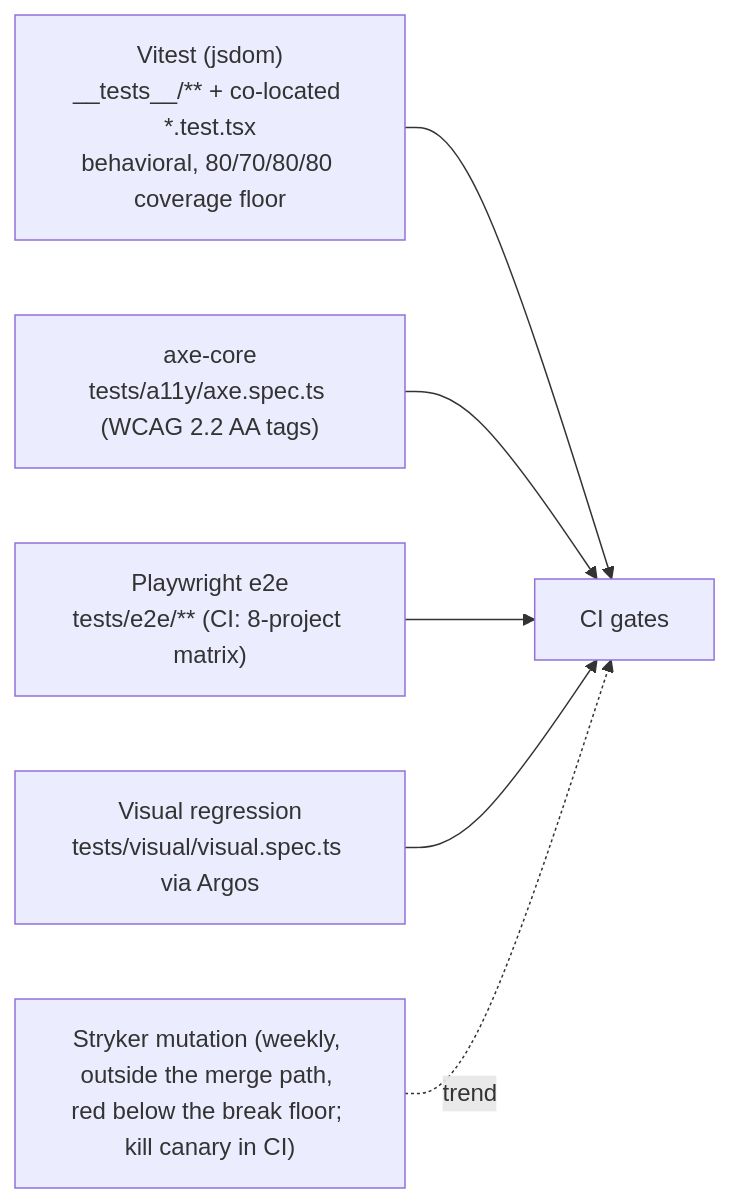
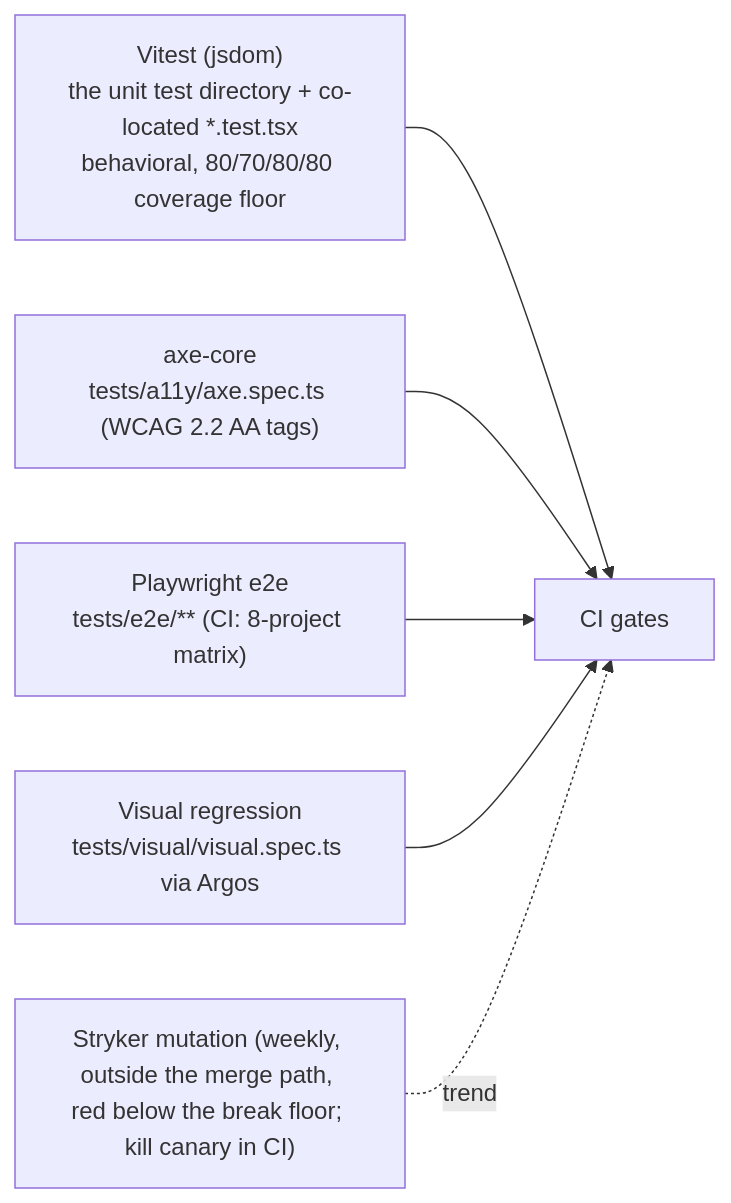
One commit to erikunha/portfolio changed the third of 8 diagrams in docs/07-workflows.md. Above: the diagram before and after it, drawn with Mermaid. The commit also changed 1 other file, not shown here.

Commit message:
docs(diagrams): keep underscores and asterisks in diagram labels from rendering as emphasis
A label with __tests__/ or *.client.* was parsed as markdown, so the tests directory
printed bold and the client file pattern lost its asterisks. The labels now name the
unit test directory and .client.ts(x) files in plain words.

Committed --no-verify: pnpm check fails on another agent's unformatted untracked spec.

````diff
--- a/docs/07-workflows.md
+++ b/docs/07-workflows.md
@@ -134,9 +134,9 @@
 ```mermaid
 flowchart LR
-    unit["Vitest (jsdom)<br/>__tests__/** + co-located *.test.tsx<br/>behavioral, 80/70/80/80 coverage floor"] --> ci
+    unit["Vitest (jsdom)<br/>the unit test directory + co-located *.test.tsx<br/>behavioral, 80/70/80/80 coverage floor"] --> ci
     a11y["axe-core<br/>tests/a11y/axe.spec.ts (WCAG 2.2 AA tags)"] --> ci
     e2e["Playwright e2e<br/>tests/e2e/** (CI: 8-project matrix)"] --> ci
     visual["Visual regression<br/>tests/visual/visual.spec.ts via Argos"] --> ci
     mut["Stryker mutation (weekly, outside the merge path, red below the break floor; kill canary in CI)"] -. trend .-> ci
     ci["CI gates"]
 ```
````
